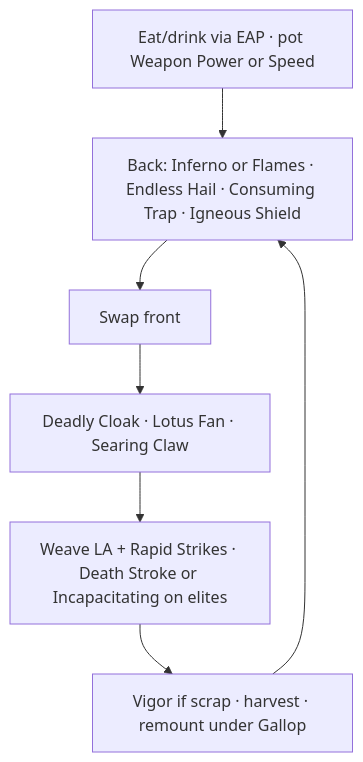
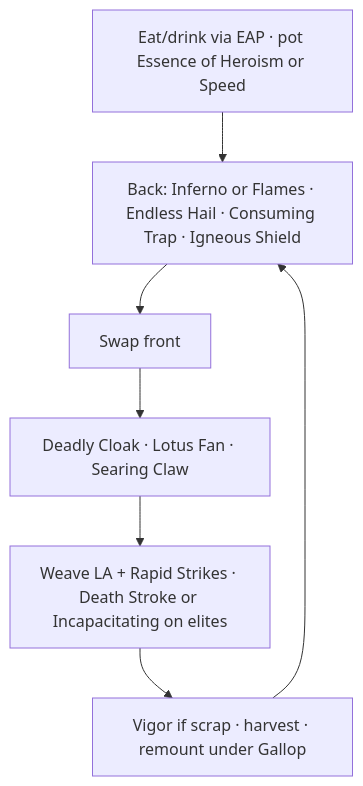
One commit to solaegis/CharacterMarkdown changed the second of 2 diagrams in examples/solaegis/eu/masisi_plan.md. Above: the diagram before and after it, drawn with Mermaid. The commit also changed other lines of this file and 23 other files, not shown here.

````diff
--- a/examples/solaegis/eu/masisi_plan.md
+++ b/examples/solaegis/eu/masisi_plan.md
@@ -136,9 +136,9 @@
 ```mermaid
 flowchart TD
-    A["Eat/drink via EAP · pot Weapon Power or Speed"] --> B["Back: Inferno or Flames · Endless Hail · Consuming Trap · Igneous Shield"]
+    A["Eat/drink via EAP · pot Essence of Heroism or Speed"] --> B["Back: Inferno or Flames · Endless Hail · Consuming Trap · Igneous Shield"]
     B --> C["Swap front"]
     C --> D["Deadly Cloak · Lotus Fan · Searing Claw"]
     D --> E["Weave LA + Rapid Strikes · Death Stroke or Incapacitating on elites"]
     E --> F["Vigor if scrap · harvest · remount under Gallop"]
     F --> B
 ```
````
